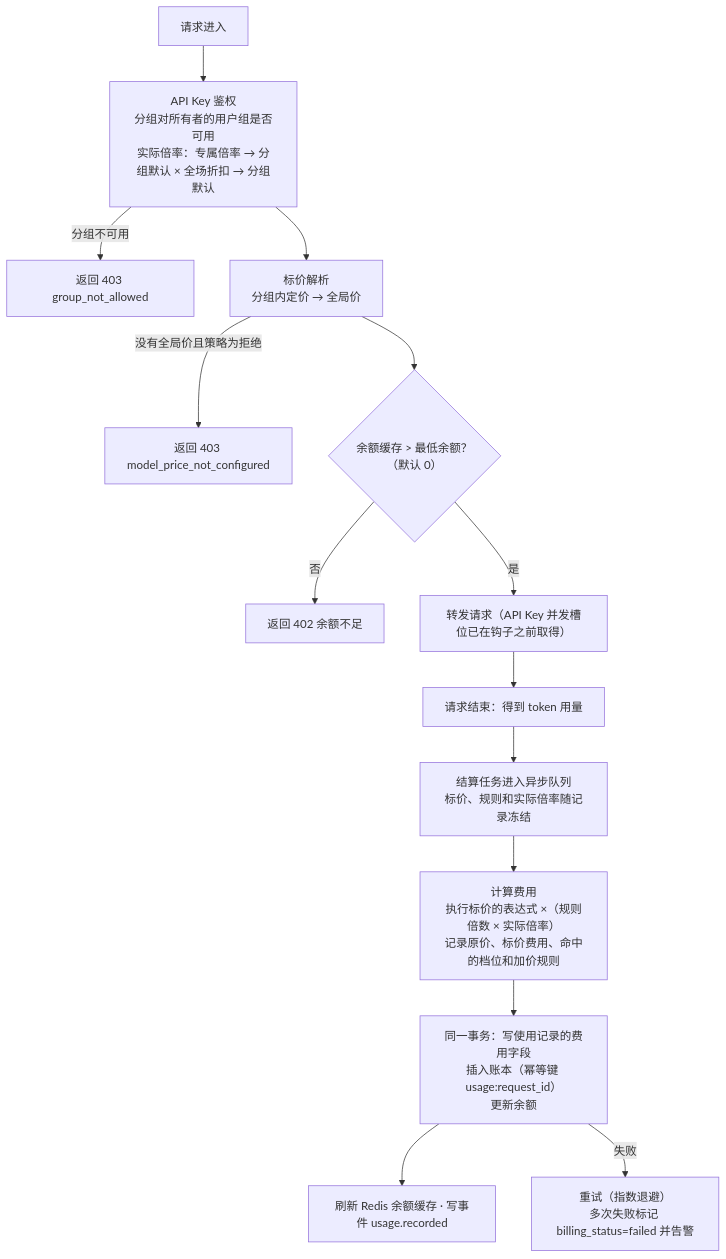
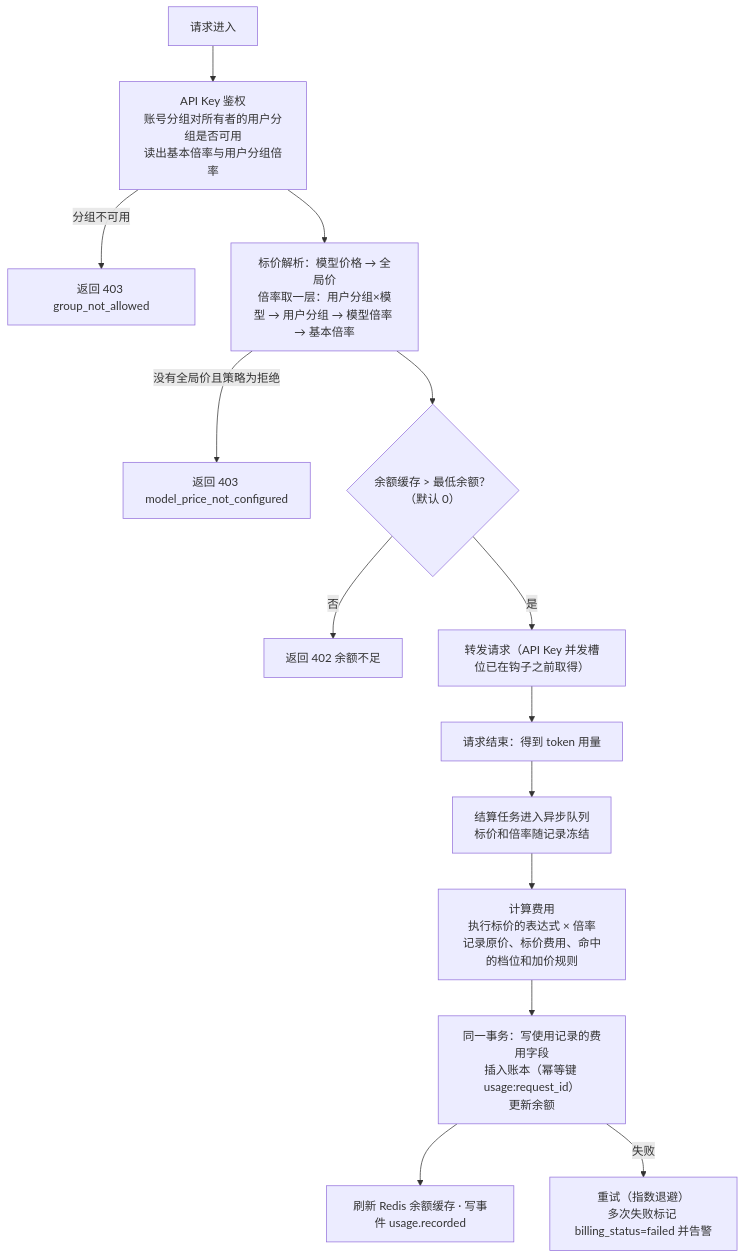
Before and after one commit to touwaeriol/sup2api: the tenth of 18 diagrams in next/docs/ARCHITECTURE.md, drawn with Mermaid. The commit also changed other lines of this file and 124 other files, not shown here.

````diff
--- a/next/docs/ARCHITECTURE.md
+++ b/next/docs/ARCHITECTURE.md
@@ -1152,16 +1155,16 @@
 ```mermaid
 flowchart TD
-  a["请求进入"] --> k["API Key 鉴权<br/>分组对所有者的用户组是否可用<br/>实际倍率：专属倍率 → 分组默认 × 全场折扣 → 分组默认"]
+  a["请求进入"] --> k["API Key 鉴权<br/>账号分组对所有者的用户分组是否可用<br/>读出基本倍率与用户分组倍率"]
   k -- 分组不可用 --> y["返回 403 group_not_allowed"]
-  k --> p["标价解析<br/>分组内定价 → 全局价"]
+  k --> p["标价解析：模型价格 → 全局价<br/>倍率取一层：用户分组×模型 → 用户分组 → 模型倍率 → 基本倍率"]
   p -- 没有全局价且策略为拒绝 --> z["返回 403 model_price_not_configured"]
   p --> b{"余额缓存 > 最低余额？<br/>（默认 0）"}
   b -- 否 --> x["返回 402 余额不足"]
   b -- 是 --> c["转发请求（API Key 并发槽位已在钩子之前取得）"]
   c --> d["请求结束：得到 token 用量"]
-  d --> e["结算任务进入异步队列<br/>标价、规则和实际倍率随记录冻结"]
-  e --> f["计算费用<br/>执行标价的表达式 ×（规则倍数 × 实际倍率）<br/>记录原价、标价费用、命中的档位和加价规则"]
+  d --> e["结算任务进入异步队列<br/>标价和倍率随记录冻结"]
+  e --> f["计算费用<br/>执行标价的表达式 × 倍率<br/>记录原价、标价费用、命中的档位和加价规则"]
   f --> g["同一事务：写使用记录的费用字段<br/>插入账本（幂等键 usage:request_id）<br/>更新余额"]
   g --> h["刷新 Redis 余额缓存 · 写事件 usage.recorded"]
   g -- 失败 --> r["重试（指数退避）<br/>多次失败标记 billing_status=failed 并告警"]
 ```
````
